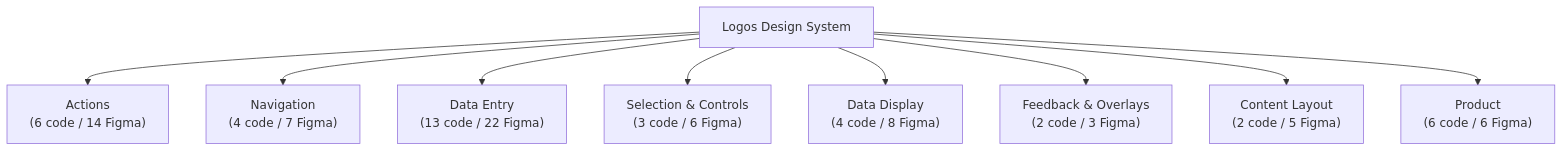
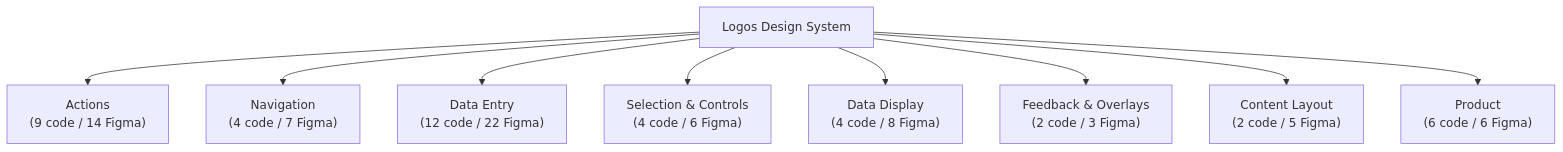
Before and after one commit to calebn/design-system-theme-evolution: the second of 2 diagrams in inventory/docs/08-taxonomy.md, drawn with Mermaid. The commit also changed other lines of this file and 11 other files, not shown here.

````diff
--- a/inventory/docs/08-taxonomy.md
+++ b/inventory/docs/08-taxonomy.md
@@ -69,12 +72,12 @@
 ```mermaid
 graph TD
   DesignSystem["Logos Design System"]
-  DesignSystem --> actions["Actions\n(6 code / 14 Figma)"]
+  DesignSystem --> actions["Actions\n(9 code / 14 Figma)"]
   DesignSystem --> navigation["Navigation\n(4 code / 7 Figma)"]
-  DesignSystem --> data_entry["Data Entry\n(13 code / 22 Figma)"]
-  DesignSystem --> selection["Selection & Controls\n(3 code / 6 Figma)"]
+  DesignSystem --> data_entry["Data Entry\n(12 code / 22 Figma)"]
+  DesignSystem --> selection["Selection & Controls\n(4 code / 6 Figma)"]
   DesignSystem --> data_display["Data Display\n(4 code / 8 Figma)"]
   DesignSystem --> feedback["Feedback & Overlays\n(2 code / 3 Figma)"]
   DesignSystem --> content_layout["Content Layout\n(2 code / 5 Figma)"]
   DesignSystem --> product["Product\n(6 code / 6 Figma)"]
 ```
````
